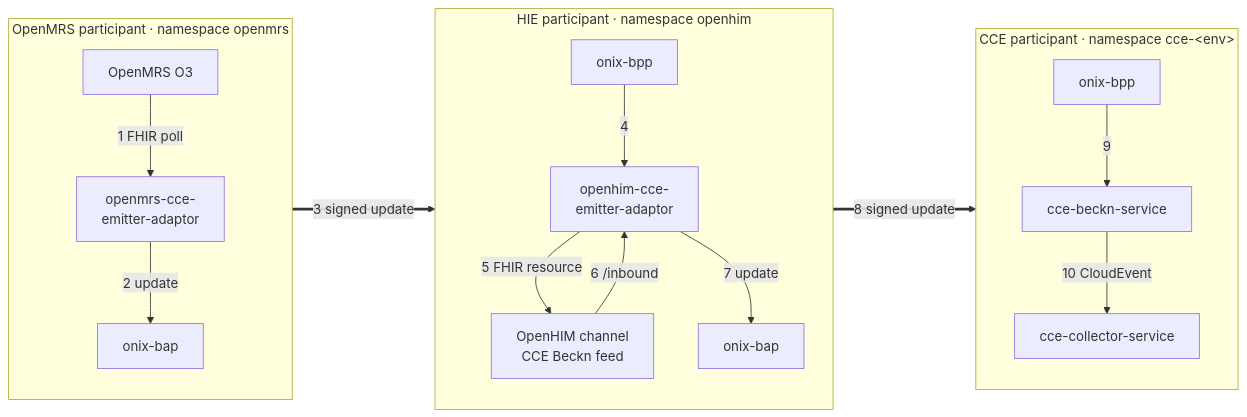
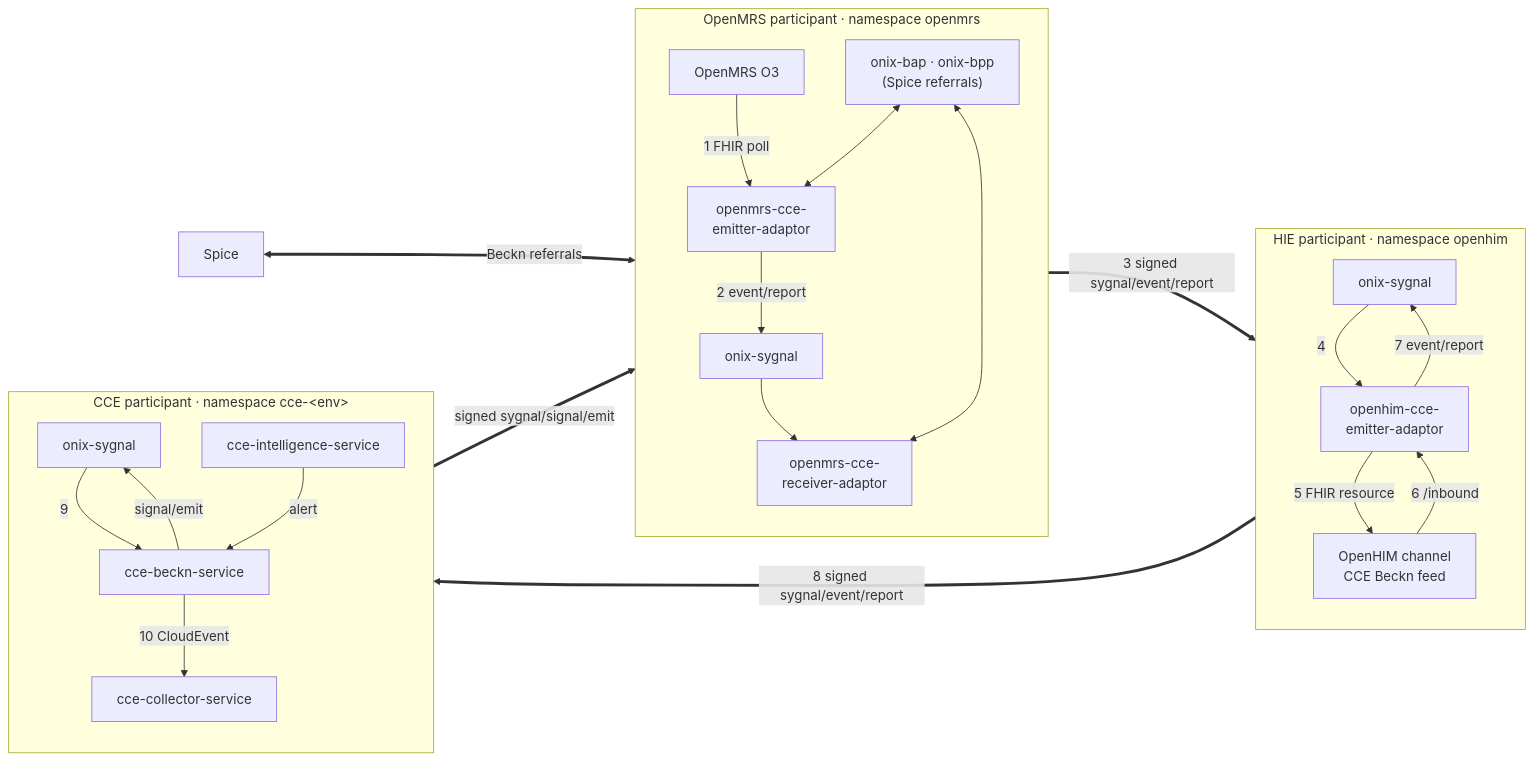
Before and after one commit to openphc/deploy-scripts: the diagram in one-click-installer/docs/beckn.md, drawn with Mermaid. The commit also changed other lines of this file and 60 other files, not shown here.

````diff
--- a/one-click-installer/docs/beckn.md
+++ b/one-click-installer/docs/beckn.md
@@ -6,32 +15,42 @@
 ```mermaid
 flowchart LR
     subgraph OMRS["OpenMRS participant · namespace openmrs"]
         direction TB
         O["OpenMRS O3"]
         OE["openmrs-cce-<br/>emitter-adaptor"]
-        OBAP["onix-bap"]
+        OR["openmrs-cce-<br/>receiver-adaptor"]
+        OS["onix-sygnal"]
+        OBB["onix-bap · onix-bpp<br/>(Spice referrals)"]
     end
     subgraph HIE["HIE participant · namespace openhim"]
         direction TB
-        HBPP["onix-bpp"]
+        HS["onix-sygnal"]
         HA["openhim-cce-<br/>emitter-adaptor"]
         HC["OpenHIM channel<br/>CCE Beckn feed"]
-        HBAP["onix-bap"]
     end
     subgraph CCE["CCE participant · namespace cce-&lt;env&gt;"]
         direction TB
-        CBPP["onix-bpp"]
+        CS["onix-sygnal"]
         CB["cce-beckn-service"]
         COL["cce-collector-service"]
+        INT["cce-intelligence-service"]
     end
+    SP["Spice"]
     O -- "1 FHIR poll" --> OE
-    OE -- "2 update" --> OBAP
-    OBAP == "3 signed update" ==> HBPP
-    HBPP -- "4" --> HA
+    OE -- "2 event/report" --> OS
+    OS == "3 signed sygnal/event/report" ==> HS
+    HS -- "4" --> HA
     HA -- "5 FHIR resource" --> HC
     HC -- "6 /inbound" --> HA
-    HA -- "7 update" --> HBAP
-    HBAP == "8 signed update" ==> CBPP
-    CBPP -- "9" --> CB
+    HA -- "7 event/report" --> HS
+    HS == "8 signed sygnal/event/report" ==> CS
+    CS -- "9" --> CB
     CB -- "10 CloudEvent" --> COL
+    INT -- "alert" --> CB
+    CB -- "signal/emit" --> CS
+    CS == "signed sygnal/signal/emit" ==> OS
+    OS --> OR
+    SP <== "Beckn referrals" ==> OBB
+    OBB <--> OR
+    OBB <--> OE
 ```
````
